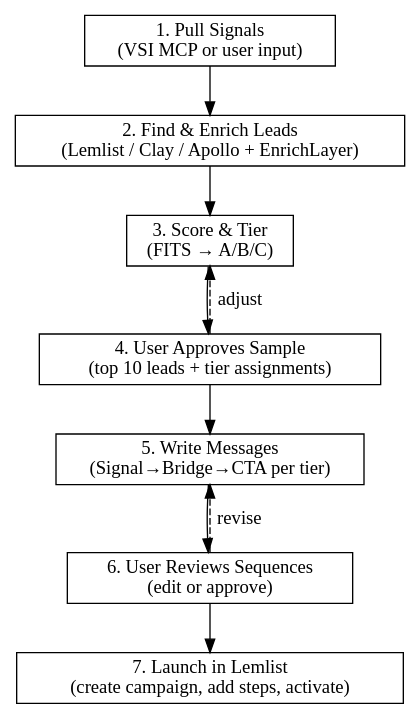
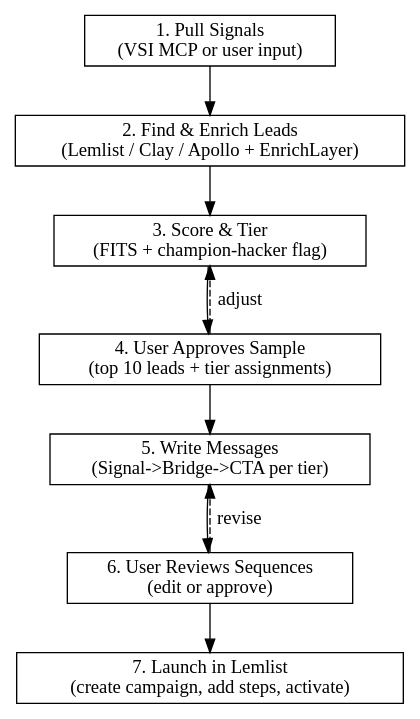
Before and after one commit to darko-web/pain-first-outreach: the diagram in pain-first-outreach-skill/SKILL.md, drawn with Graphviz. The commit also changed other lines of this file and 4 other files, not shown here.

````diff
--- a/pain-first-outreach-skill/SKILL.md
+++ b/pain-first-outreach-skill/SKILL.md
@@ -30,18 +112,18 @@
 ```dot
 digraph campaign_engine {
   rankdir=TB;
   node [shape=box];
 
   signals [label="1. Pull Signals\n(VSI MCP or user input)"];
   leads [label="2. Find & Enrich Leads\n(Lemlist / Clay / Apollo + EnrichLayer)"];
-  score [label="3. Score & Tier\n(FITS → A/B/C)"];
+  score [label="3. Score & Tier\n(FITS + champion-hacker flag)"];
   approve [label="4. User Approves Sample\n(top 10 leads + tier assignments)"];
-  messages [label="5. Write Messages\n(Signal→Bridge→CTA per tier)"];
+  messages [label="5. Write Messages\n(Signal->Bridge->CTA per tier)"];
   review [label="6. User Reviews Sequences\n(edit or approve)"];
   launch [label="7. Launch in Lemlist\n(create campaign, add steps, activate)"];
 
   signals -> leads -> score -> approve -> messages -> review -> launch;
   approve -> score [label="adjust" style=dashed];
   review -> messages [label="revise" style=dashed];
 }
 ```
````
